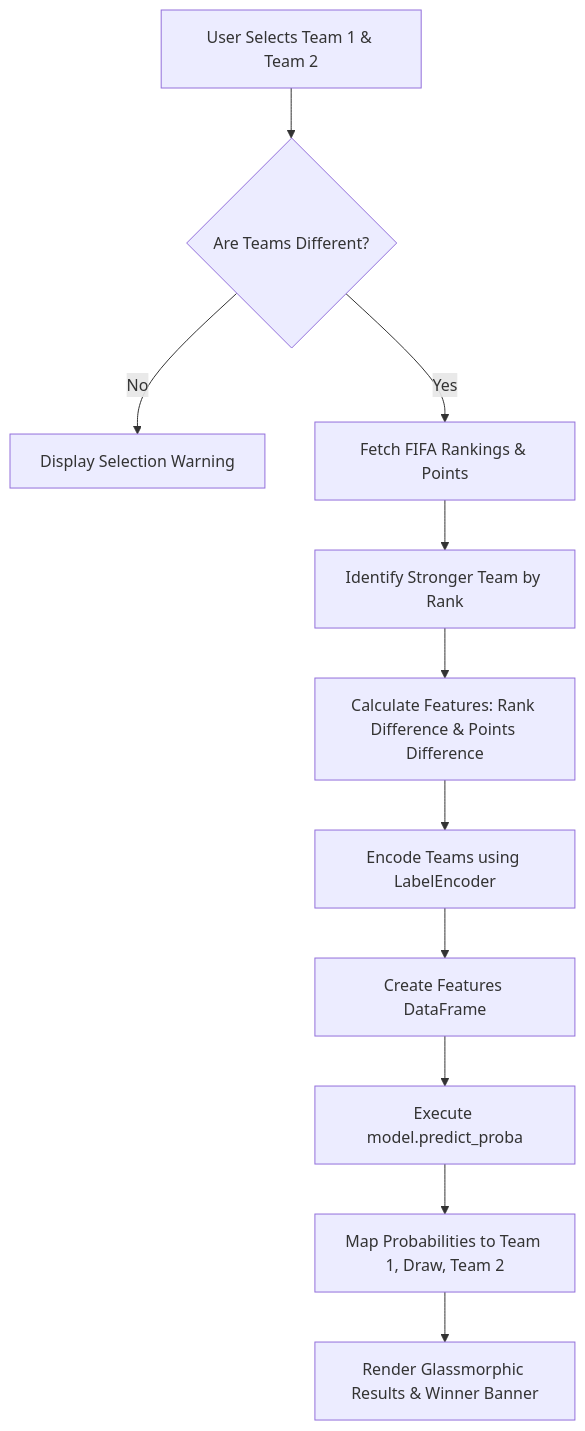
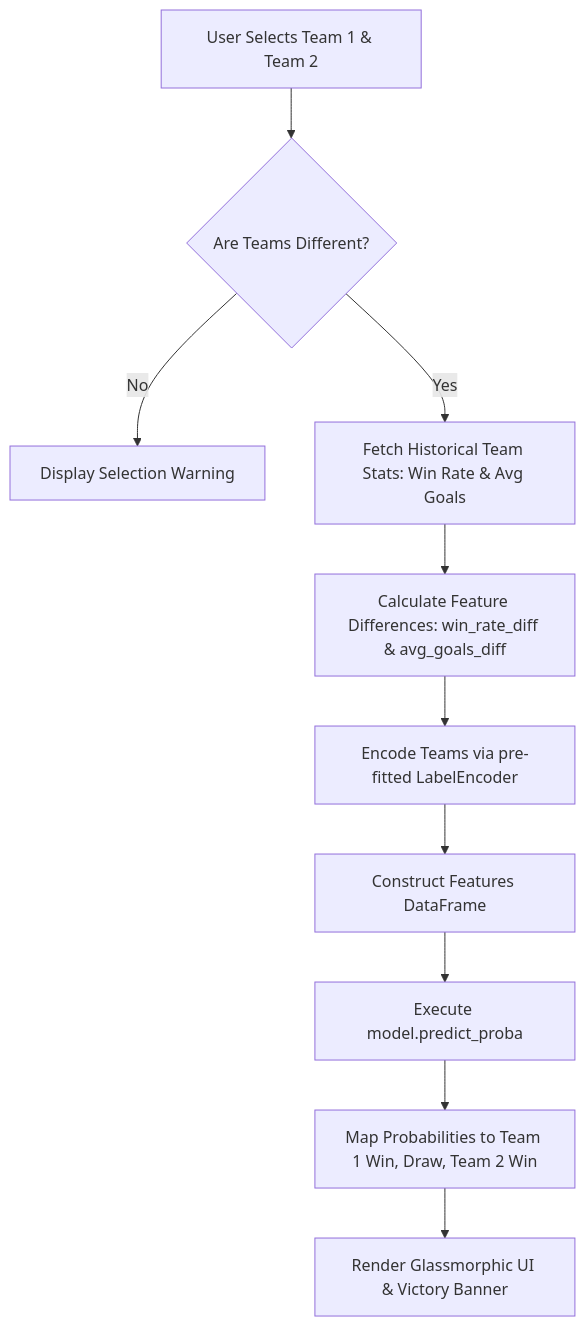
One commit to Aniruddhasain7/FIFA-Winner-Predictor changed the diagram in README.md. Above: the diagram before and after it, drawn with Mermaid. The commit also changed other lines of this file, not shown here.

Commit message:
docs: update project description, feature engineering flow, and UI documentation in README.md

````diff
--- a/README.md
+++ b/README.md
@@ -32,13 +34,12 @@
 ```mermaid
 graph TD
     A[User Selects Team 1 & Team 2] --> B{Are Teams Different?}
     B -- No --> C[Display Selection Warning]
-    B -- Yes --> D[Fetch FIFA Rankings & Points]
-    D --> E[Identify Stronger Team by Rank]
-    E --> F[Calculate Features: Rank Difference & Points Difference]
-    F --> G[Encode Teams using LabelEncoder]
-    G --> H[Create Features DataFrame]
-    H --> I[Execute model.predict_proba]
-    I --> J[Map Probabilities to Team 1, Draw, Team 2]
-    J --> K[Render Glassmorphic Results & Winner Banner]
+    B -- Yes --> D[Fetch Historical Team Stats: Win Rate & Avg Goals]
+    D --> E[Calculate Feature Differences: win_rate_diff & avg_goals_diff]
+    E --> F[Encode Teams via pre-fitted LabelEncoder]
+    F --> G[Construct Features DataFrame]
+    G --> H[Execute model.predict_proba]
+    H --> I[Map Probabilities to Team 1 Win, Draw, Team 2 Win]
+    I --> J[Render Glassmorphic UI & Victory Banner]
 ```
````
